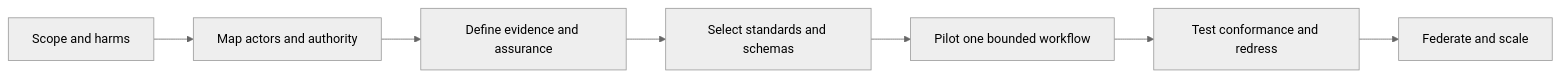
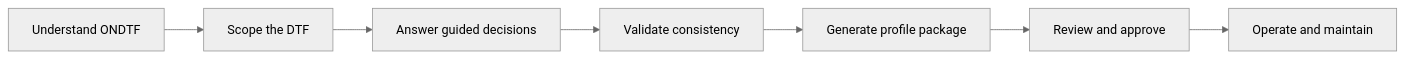
One commit to sankarshanmukhopadhyay/open-national-digital-trust-framework changed the diagram in docs/adoption/index.md. Above: the diagram before and after it, drawn with Mermaid (neutral theme). The commit also changed other lines of this file and 41 other files, not shown here.

````diff
--- a/docs/adoption/index.md
+++ b/docs/adoption/index.md
@@ -11,9 +11,9 @@
 ```mermaid
 flowchart LR
-  S0[Scope and harms] --> S1[Map actors and authority]
-  S1 --> S2[Define evidence and assurance]
-  S2 --> S3[Select standards and schemas]
-  S3 --> S4[Pilot one bounded workflow]
-  S4 --> S5[Test conformance and redress]
-  S5 --> S6[Federate and scale]
+  U[Understand ONDTF] --> S[Scope the DTF]
+  S --> Q[Answer guided decisions]
+  Q --> V[Validate consistency]
+  V --> G[Generate profile package]
+  G --> R[Review and approve]
+  R --> O[Operate and maintain]
 ```
````
